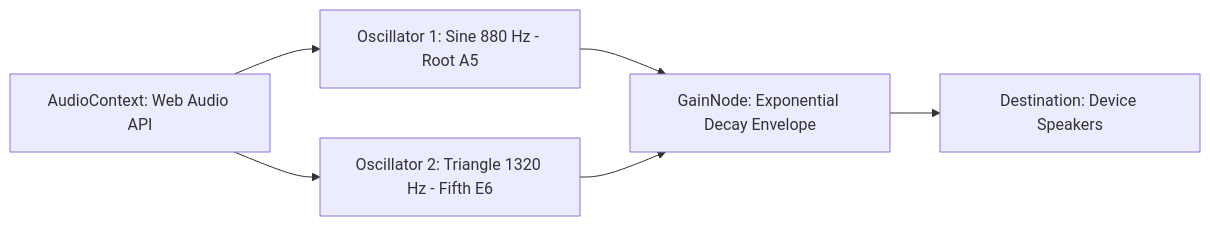
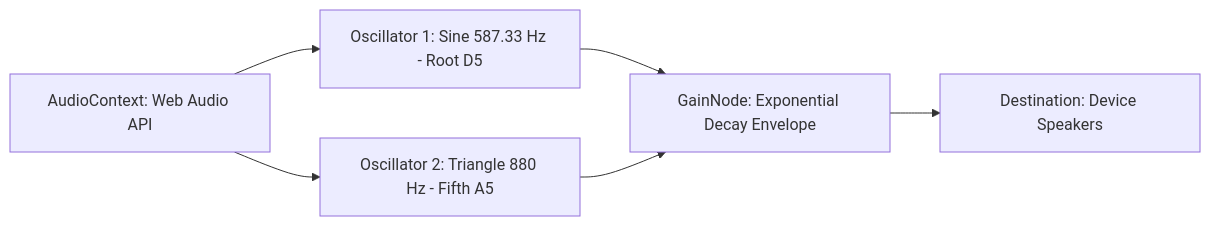
One commit to BrainStation-23/DeliveryOS-Demo changed the diagram in context_docs/architecture-decision-records/ADR-007-web-audio-api-synthesized-kds-chime.md. Above: the diagram before and after it, drawn with Mermaid. The commit also changed other lines of this file and 18 other files, not shown here.

````diff
--- a/context_docs/architecture-decision-records/ADR-007-web-audio-api-synthesized-kds-chime.md
+++ b/context_docs/architecture-decision-records/ADR-007-web-audio-api-synthesized-kds-chime.md
@@ -36,14 +36,14 @@
 ```mermaid
 flowchart LR
     Ctx["AudioContext: Web Audio API"]
-    Osc1["Oscillator 1: Sine 880 Hz - Root A5"]
-    Osc2["Oscillator 2: Triangle 1320 Hz - Fifth E6"]
+    Osc1["Oscillator 1: Sine 587.33 Hz - Root D5"]
+    Osc2["Oscillator 2: Triangle 880 Hz - Fifth A5"]
     Gain["GainNode: Exponential Decay Envelope"]
     Speakers["Destination: Device Speakers"]
 
     Ctx --> Osc1
     Ctx --> Osc2
     Osc1 --> Gain
     Osc2 --> Gain
     Gain --> Speakers
 ```
````
